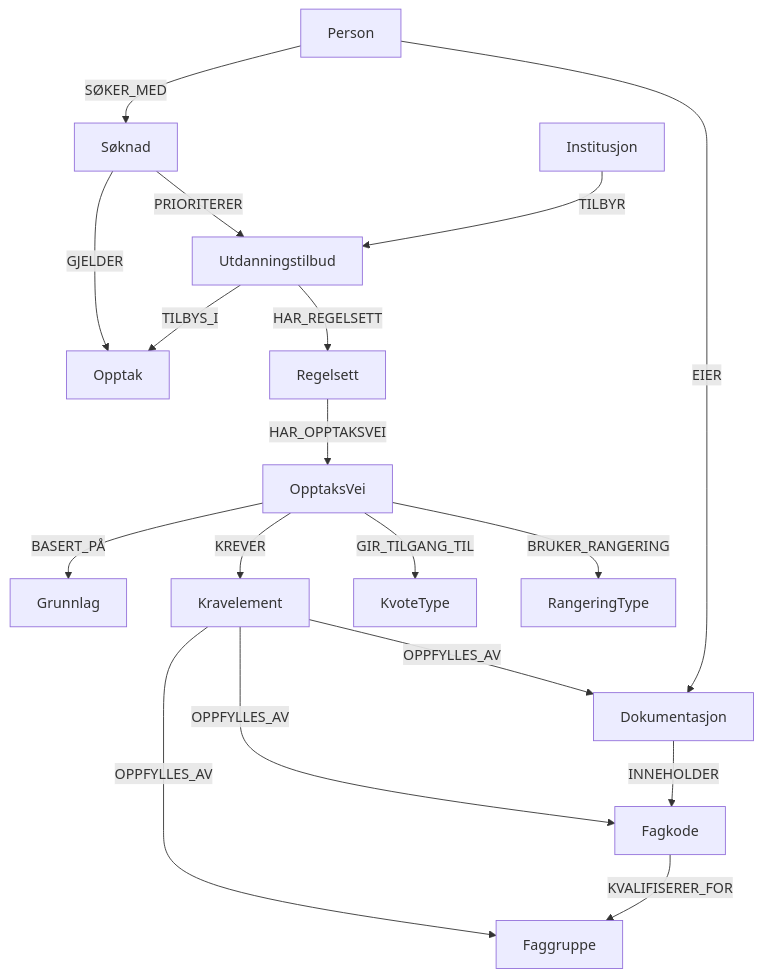
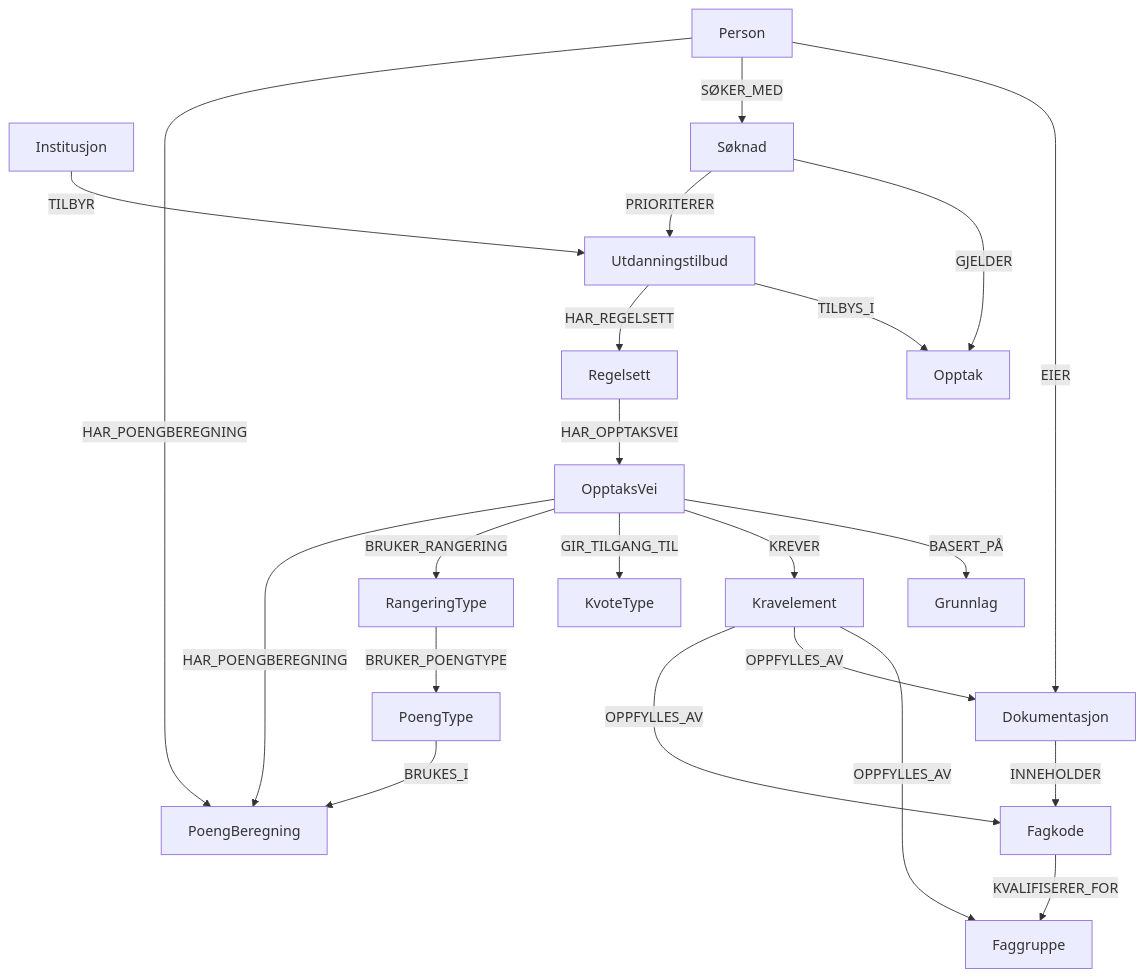
The diagram in domenekunnskap/datamodell.md (SmidigStorm/grafopptak), drawn with Mermaid before and after one commit. The commit also changed other lines of this file and 5 other files, not shown here.

First line of the commit message:
Add PoengType entities with CRUD functionality and modern two-column UI

````diff
--- a/domenekunnskap/datamodell.md
+++ b/domenekunnskap/datamodell.md
@@ -5,26 +5,32 @@
 ```mermaid
 graph TD
     Institusjon -->|TILBYR| Utdanningstilbud
     Person -->|EIER| Dokumentasjon
     Person -->|SØKER_MED| Søknad
     Utdanningstilbud -->|TILBYS_I| Opptak
     Utdanningstilbud -->|HAR_REGELSETT| Regelsett
     Søknad -->|GJELDER| Opptak
     Søknad -->|PRIORITERER| Utdanningstilbud
 
     %% Dokumentasjonsinnhold
     Dokumentasjon -->|INNEHOLDER| Fagkode
     Fagkode -->|KVALIFISERER_FOR| Faggruppe
 
     %% Beslutningstre struktur (ny tilnærming)
     Regelsett -->|HAR_OPPTAKSVEI| OpptaksVei
     OpptaksVei -->|BASERT_PÅ| Grunnlag
     OpptaksVei -->|KREVER| Kravelement
     OpptaksVei -->|GIR_TILGANG_TIL| KvoteType
     OpptaksVei -->|BRUKER_RANGERING| RangeringType
 
+    %% Poeng og rangering
+    Person -->|HAR_POENGBEREGNING| PoengBeregning
+    OpptaksVei -->|HAR_POENGBEREGNING| PoengBeregning
+    PoengType -->|BRUKES_I| PoengBeregning
+    RangeringType -->|BRUKER_POENGTYPE| PoengType
+
     %% Kobling mellom krav og oppfyllelse (tre forskjellige måter)
     Kravelement -->|OPPFYLLES_AV| Faggruppe
     Kravelement -->|OPPFYLLES_AV| Dokumentasjon
     Kravelement -->|OPPFYLLES_AV| Fagkode
 ```
````
